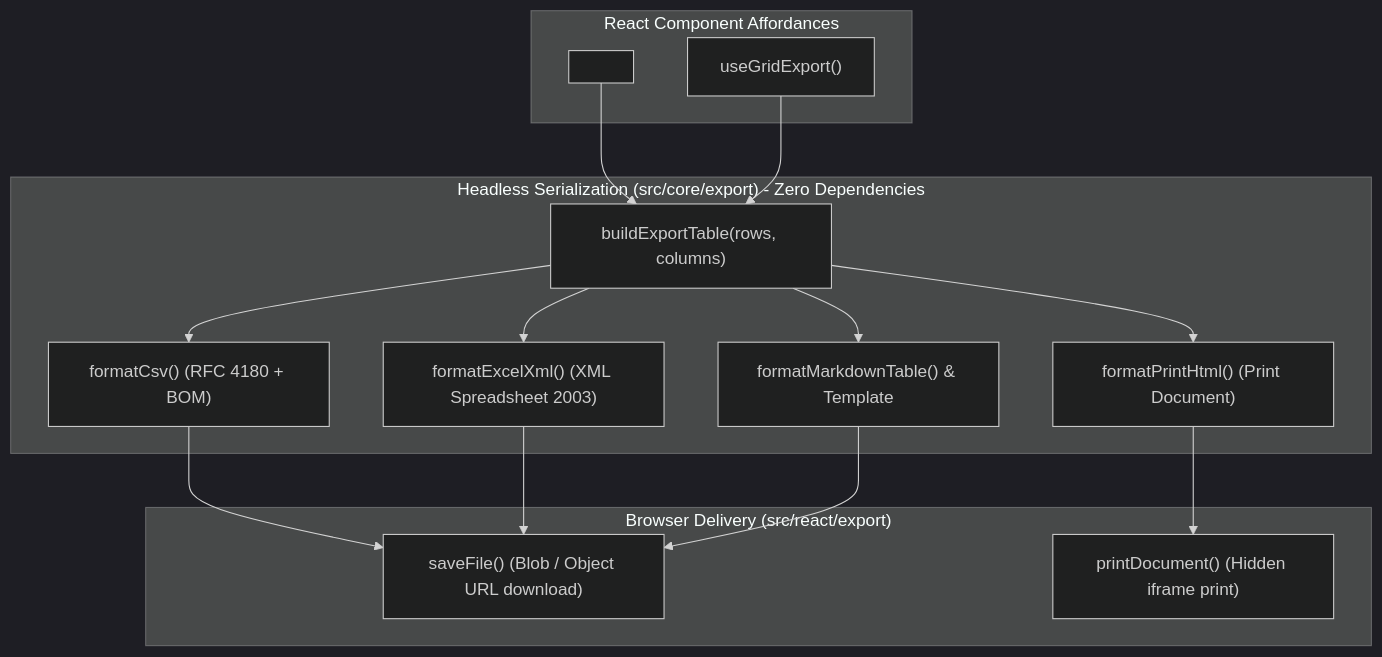
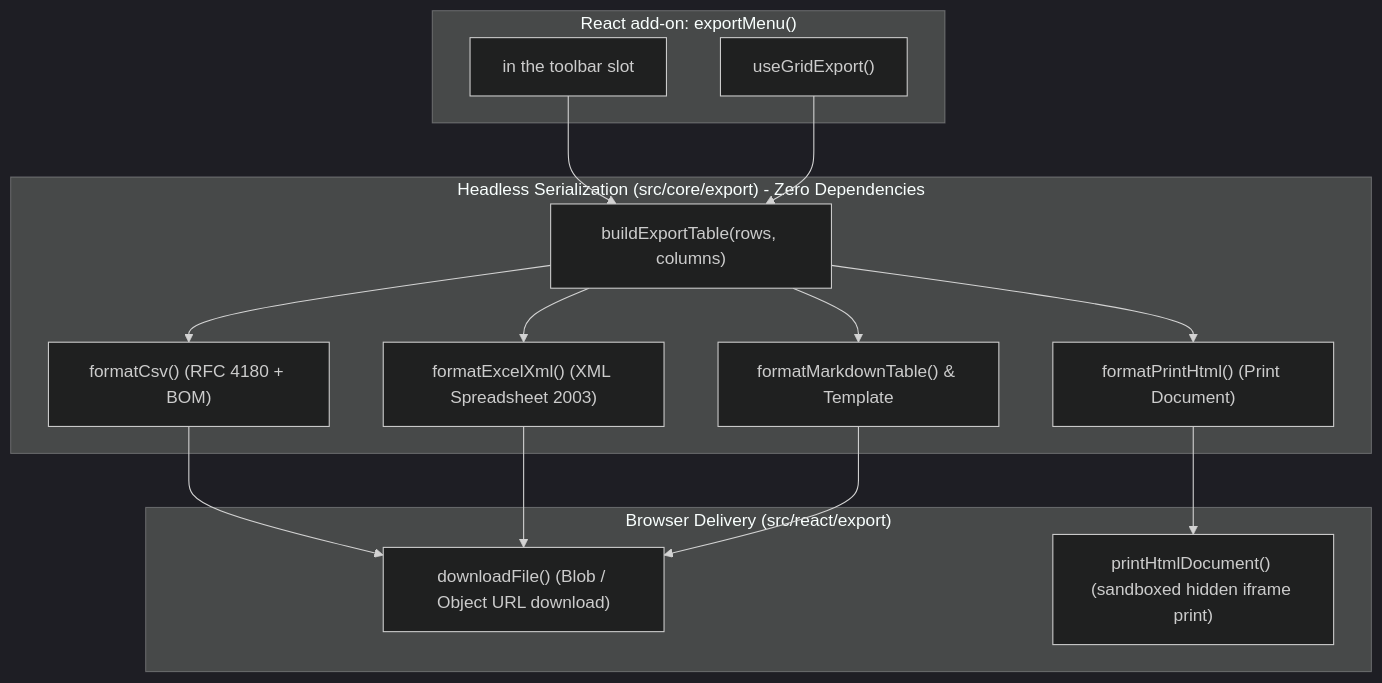
The diagram in specs/data-export/spec.md (yaotzin1/apsw-gridwright), drawn with Mermaid (dark theme) before and after one commit. The commit also changed other lines of this file and 201 other files, not shown here.

````diff
--- a/specs/data-export/spec.md
+++ b/specs/data-export/spec.md
@@ -34,19 +36,19 @@
 ```mermaid
 flowchart TD
     subgraph Core["Headless Serialization (src/core/export) - Zero Dependencies"]
         Extract["buildExportTable(rows, columns)"] --> S1["formatCsv() (RFC 4180 + BOM)"]
         Extract --> S2["formatExcelXml() (XML Spreadsheet 2003)"]
         Extract --> S3["formatMarkdownTable() & Template"]
         Extract --> S4["formatPrintHtml() (Print Document)"]
     end
 
     subgraph Browser["Browser Delivery (src/react/export)"]
-        S1 & S2 & S3 --> Save["saveFile() (Blob / Object URL download)"]
-        S4 --> PrintFrame["printDocument() (Hidden iframe print)"]
+        S1 & S2 & S3 --> Save["downloadFile() (Blob / Object URL download)"]
+        S4 --> PrintFrame["printHtmlDocument() (sandboxed hidden iframe print)"]
     end
 
-    subgraph Trigger["React Component Affordances"]
-        Menu["<GridExportMenu />"] --> Extract
+    subgraph Trigger["React add-on: exportMenu()"]
+        Menu["<GridExportMenu /> in the toolbar slot"] --> Extract
         Hook["useGridExport()"] --> Extract
     end
 ```
````
